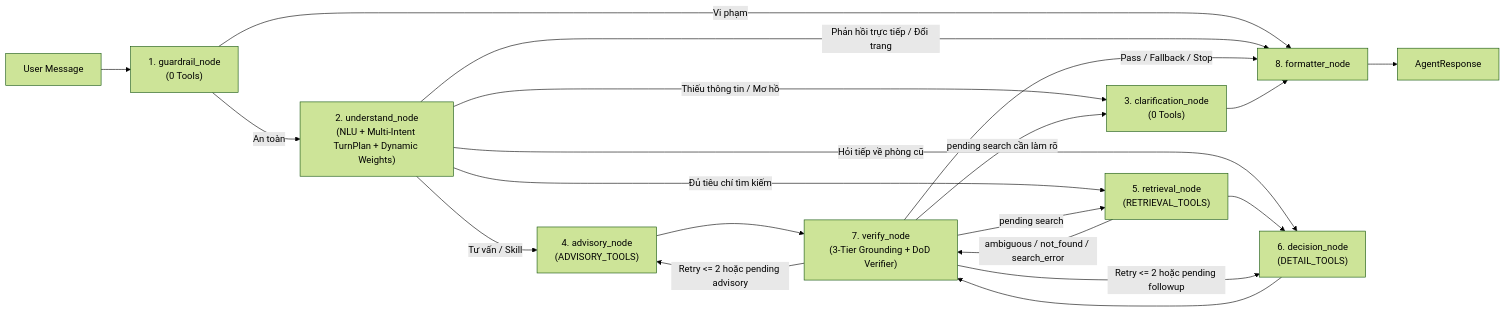
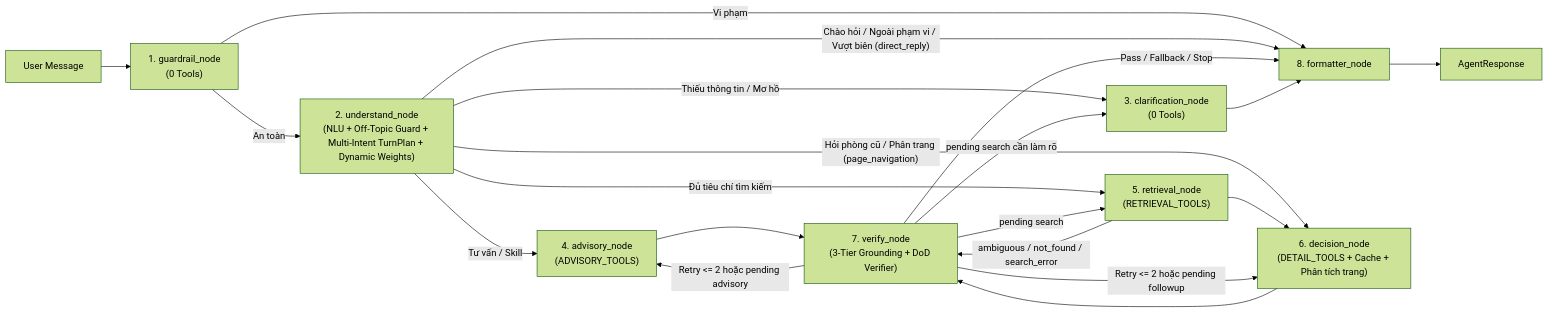
One commit to undead04/intelligent-room-rental changed the diagram in ai-agent/README.md. Above: the diagram before and after it, drawn with Mermaid (forest theme). The commit also changed other lines of this file and 34 other files, not shown here.

Commit message:
feat(ai-agent): unify pagination decision flow, remove semantic regexes and optimize KV-cache

````diff
--- a/ai-agent/README.md
+++ b/ai-agent/README.md
@@ -9,22 +9,22 @@
 ```mermaid
 flowchart LR
     START["User Message"] --> N1["1. guardrail_node<br/>(0 Tools)"]
     N1 -->|Vi phạm| N8["8. formatter_node"]
-    N1 -->|An toàn| N2["2. understand_node<br/>(NLU + Multi-Intent TurnPlan + Dynamic Weights)"]
+    N1 -->|An toàn| N2["2. understand_node<br/>(NLU + Off-Topic Guard + Multi-Intent TurnPlan + Dynamic Weights)"]
     N2 -->|Tư vấn / Skill| N4["4. advisory_node<br/>(ADVISORY_TOOLS)"]
     N2 -->|Thiếu thông tin / Mơ hồ| N3["3. clarification_node<br/>(0 Tools)"]
-    N2 -->|Phản hồi trực tiếp / Đổi trang| N8
-    N2 -->|Hỏi tiếp về phòng cũ| N6["6. decision_node<br/>(DETAIL_TOOLS)"]
+    N2 -->|"Chào hỏi / Ngoài phạm vi / Vượt biên (direct_reply)"| N8
+    N2 -->|"Hỏi phòng cũ / Phân trang (page_navigation)"| N6["6. decision_node<br/>(DETAIL_TOOLS + Cache + Phân tích trang)"]
     N2 -->|Đủ tiêu chí tìm kiếm| N5["5. retrieval_node<br/>(RETRIEVAL_TOOLS)"]
     N5 --> N6
     N5 -->|ambiguous / not_found / search_error| N7
     N4 --> N7
     N6 --> N7["7. verify_node<br/>(3-Tier Grounding + DoD Verifier)"]
     N7 -->|Retry <= 2 hoặc pending followup| N6
     N7 -->|Retry <= 2 hoặc pending advisory| N4
     N7 -->|pending search| N5
     N7 -->|pending search cần làm rõ| N3
     N7 -->|Pass / Fallback / Stop| N8
     N3 --> N8
     N8 --> END["AgentResponse"]
 ```
````
